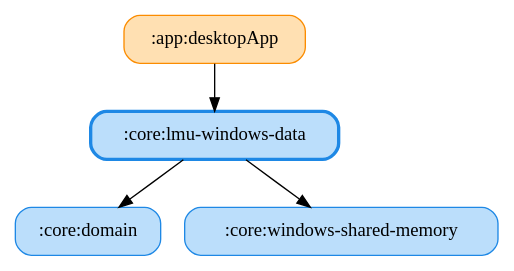
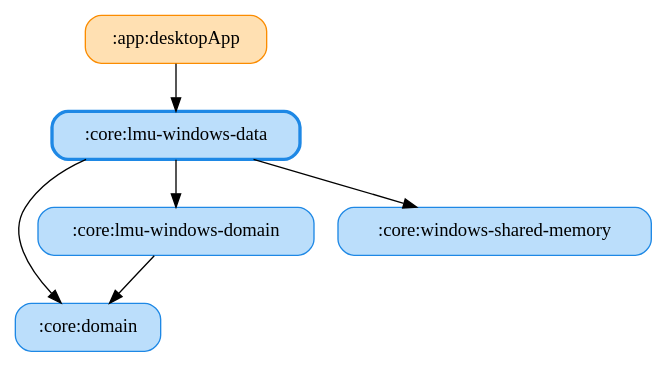
The diagram in docs/graphs/core-lmu-windows-data.gv (ai-kurou/KoDriver), drawn with Graphviz before and after one commit. The commit also changed 55 other files, not shown here.

Commit message:
chore: update module graph images

```diff
--- a/docs/graphs/core-lmu-windows-data.gv
+++ b/docs/graphs/core-lmu-windows-data.gv
@@ -1,11 +1,14 @@
 digraph G {
   rankdir=TB
   node [shape=box, style="rounded,filled"]
   ":app:desktopApp" [fillcolor="#FFE0B2", color="#FB8C00", penwidth=1]
   ":core:domain" [fillcolor="#BBDEFB", color="#1E88E5", penwidth=1]
   ":core:lmu-windows-data" [fillcolor="#BBDEFB", color="#1E88E5", penwidth=2.5]
+  ":core:lmu-windows-domain" [fillcolor="#BBDEFB", color="#1E88E5", penwidth=1]
   ":core:windows-shared-memory" [fillcolor="#BBDEFB", color="#1E88E5", penwidth=1]
   ":app:desktopApp" -> ":core:lmu-windows-data"
+  ":core:lmu-windows-data" -> ":core:lmu-windows-domain"
   ":core:lmu-windows-data" -> ":core:domain"
   ":core:lmu-windows-data" -> ":core:windows-shared-memory"
+  ":core:lmu-windows-domain" -> ":core:domain"
 }
```
